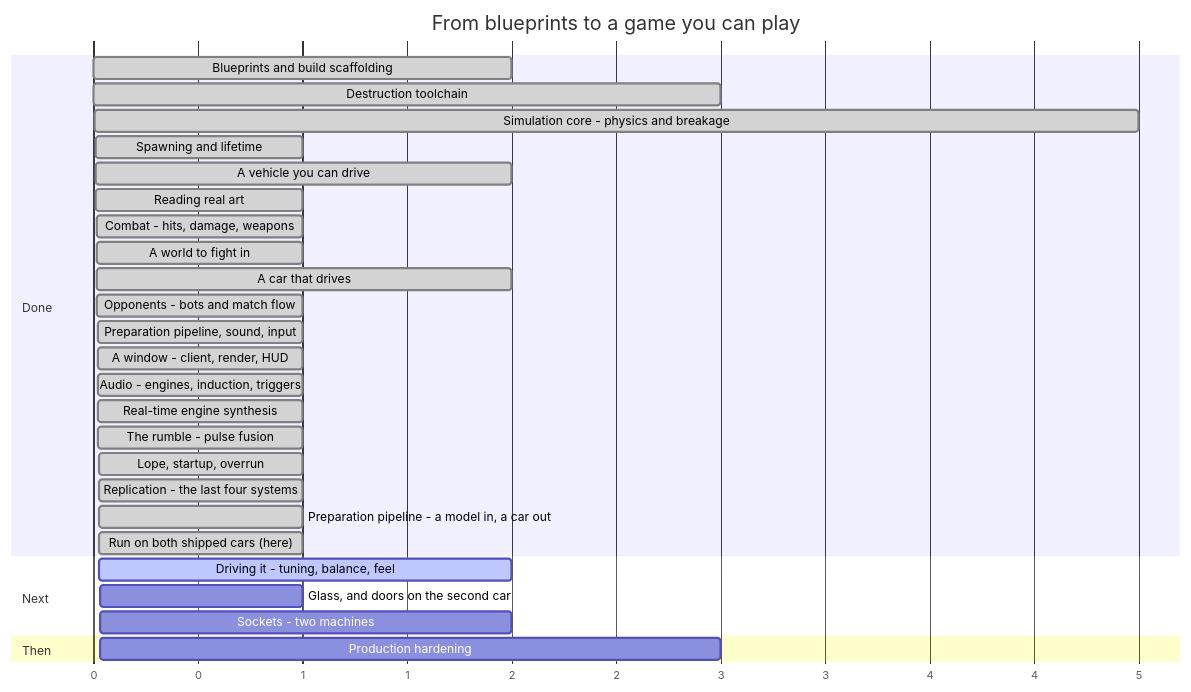
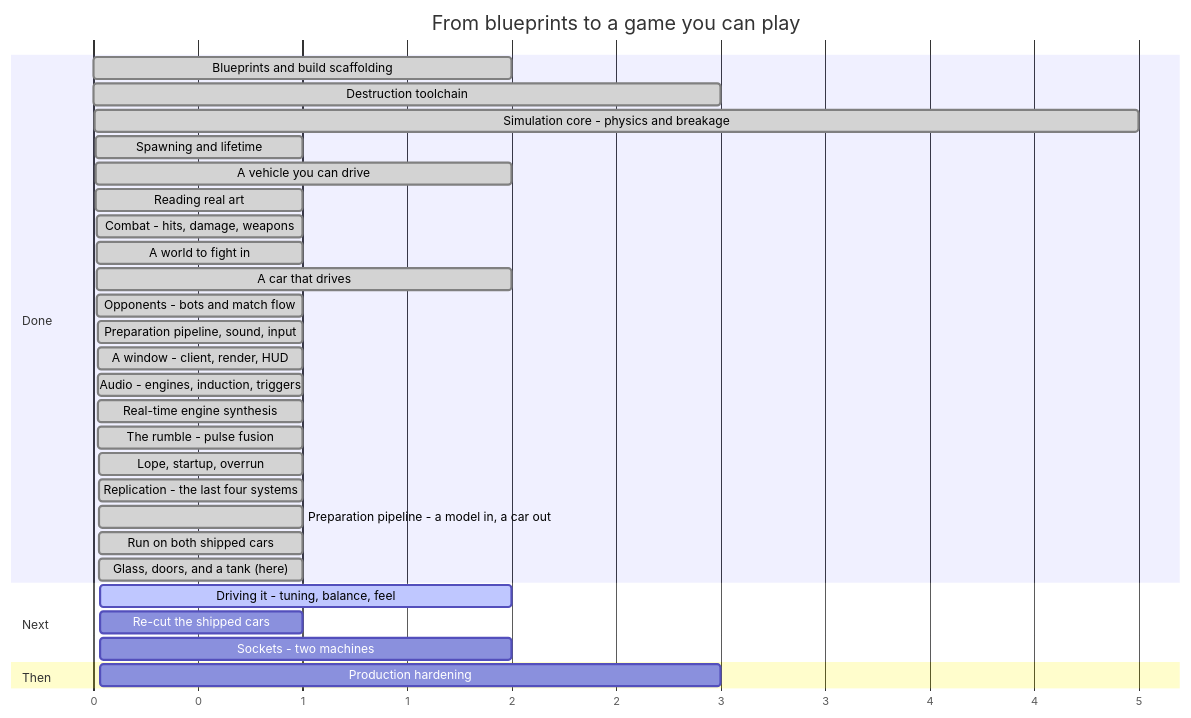
Before and after one commit to RobLobsta/Syndicate: the diagram in ROADMAP.md, drawn with Mermaid. The commit also changed other lines of this file and 22 other files, not shown here.

````diff
--- a/ROADMAP.md
+++ b/ROADMAP.md
@@ -22,35 +25,36 @@
 ```mermaid
 gantt
     title From blueprints to a game you can play
     dateFormat X
     axisFormat %s
 
     section Done
     Blueprints and build scaffolding        :done, p0, 0, 2
     Destruction toolchain                   :done, p1, 2, 3
     Simulation core - physics and breakage   :done, p2, 5, 5
     Spawning and lifetime                   :done, p3, 10, 1
     A vehicle you can drive                 :done, p4, 11, 2
     Reading real art                        :done, p6a, 13, 1
     Combat - hits, damage, weapons          :done, p5, 14, 1
     A world to fight in                     :done, p6, 15, 1
     A car that drives                       :done, p6b, 16, 2
     Opponents - bots and match flow         :done, p8, 18, 1
     Preparation pipeline, sound, input      :done, p6c, 19, 1
     A window - client, render, HUD          :done, p7, 20, 1
     Audio - engines, induction, triggers    :done, p7b, 21, 1
     Real-time engine synthesis              :done, p7c, 22, 1
     The rumble - pulse fusion               :done, p7d, 23, 1
     Lope, startup, overrun                  :done, p7e, 24, 1
     Replication - the last four systems     :done, p9a, 25, 1
     Preparation pipeline - a model in, a car out :done, p6d, 26, 1
-    Run on both shipped cars (here)         :done, p6e, 27, 1
+    Run on both shipped cars                :done, p6e, 27, 1
+    Glass, doors, and a tank (here)         :done, p6f, 28, 1
 
     section Next
-    Driving it - tuning, balance, feel      :active, p11, 28, 2
-    Glass, and doors on the second car      :p6f, 30, 1
-    Sockets - two machines                  :p9b, 31, 2
+    Driving it - tuning, balance, feel      :active, p11, 29, 2
+    Re-cut the shipped cars                 :p6g, 31, 1
+    Sockets - two machines                  :p9b, 32, 2
 
     section Then
-    Production hardening                    :p10, 32, 3
+    Production hardening                    :p10, 33, 3
 ```
````
